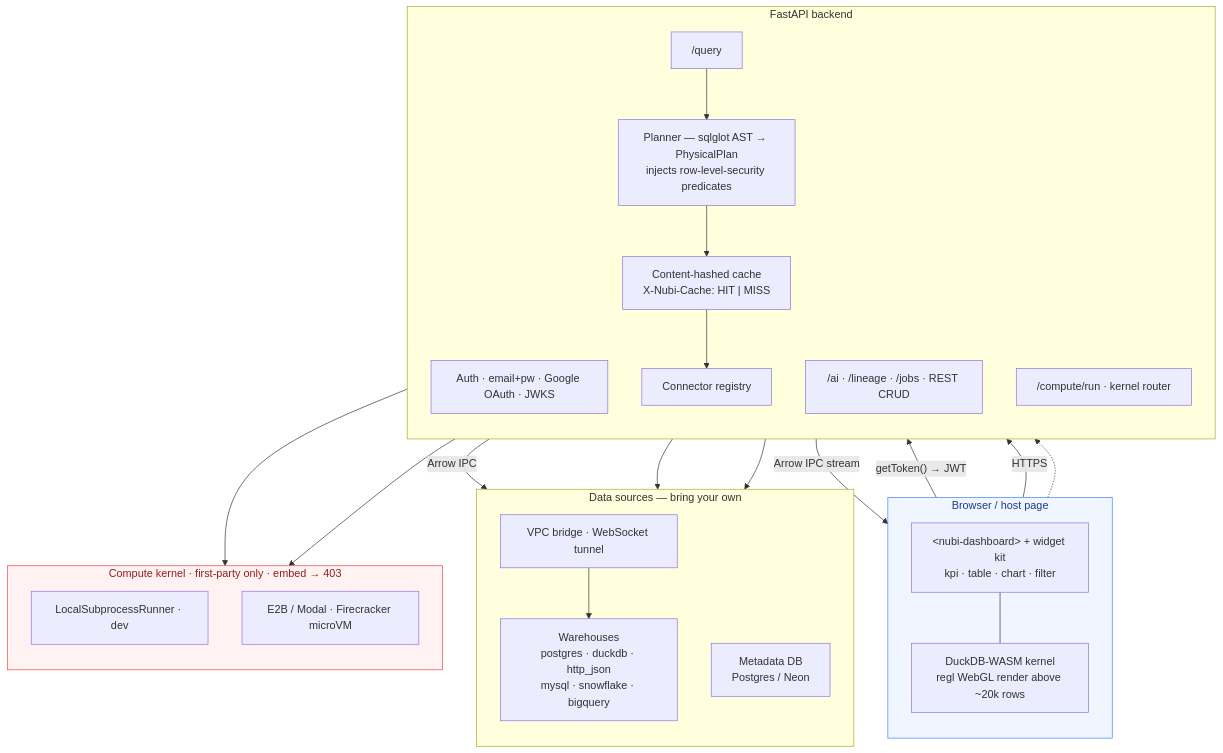
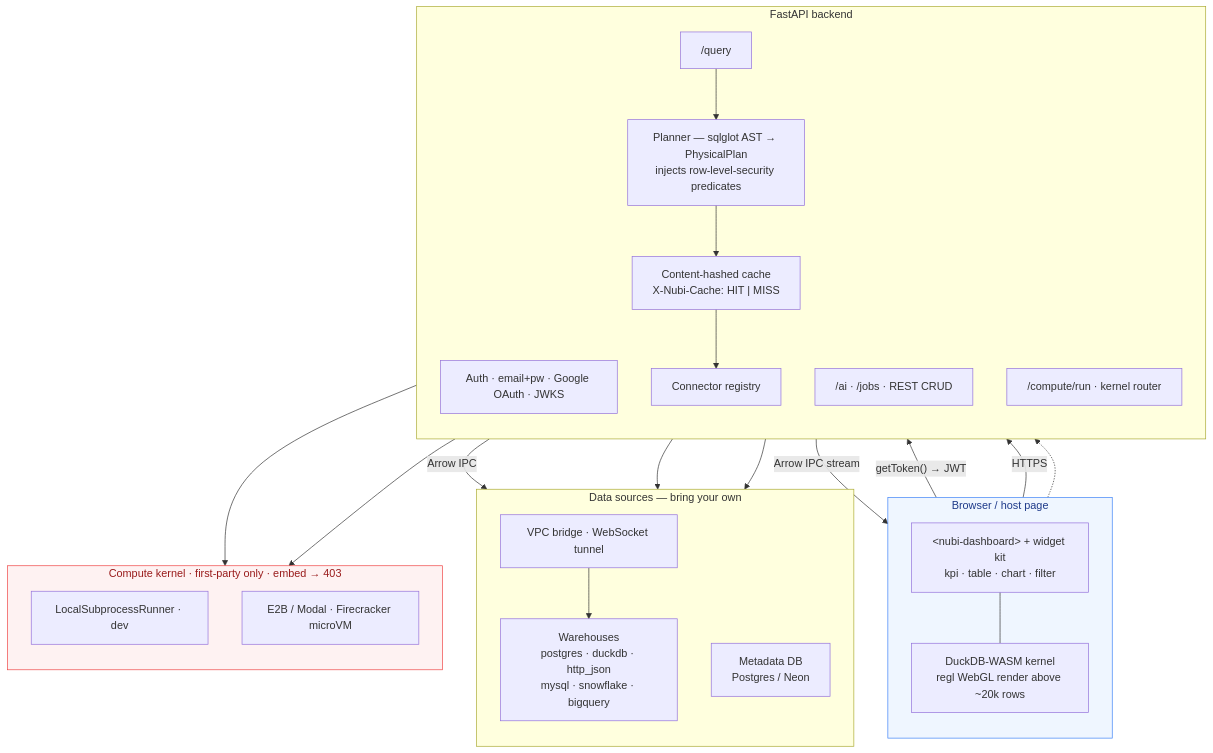
The diagram in README.md (cognizance-processing/nubi), drawn with Mermaid before and after one commit. The commit also changed other lines of this file and 59 other files, not shown here.

````diff
--- a/README.md
+++ b/README.md
@@ -205,49 +204,49 @@
 ```mermaid
 flowchart TD
   subgraph client["Browser / host page"]
     direction TB
     DASH["&lt;nubi-dashboard&gt; + widget kit<br/>kpi · table · chart · filter"]
     WASM["DuckDB-WASM kernel<br/>regl WebGL render above ~20k rows"]
     DASH --- WASM
   end
 
   subgraph api["FastAPI backend"]
     direction TB
     AUTH["Auth · email+pw · Google OAuth · JWKS"]
     QUERY["/query"]
     PLAN["Planner — sqlglot AST → PhysicalPlan<br/>injects row-level-security predicates"]
     CACHE["Content-hashed cache<br/>X-Nubi-Cache: HIT | MISS"]
     REG["Connector registry"]
-    SVC["/ai · /lineage · /jobs · REST CRUD"]
+    SVC["/ai · /jobs · REST CRUD"]
     KR["/compute/run · kernel router"]
     QUERY --> PLAN --> CACHE --> REG
   end
 
   subgraph data["Data sources — bring your own"]
     direction TB
     WH["Warehouses<br/>postgres · duckdb · http_json<br/>mysql · snowflake · bigquery"]
     BRIDGE["VPC bridge · WebSocket tunnel"]
     META["Metadata DB<br/>Postgres / Neon"]
   end
 
   subgraph compute["Compute kernel · first-party only · embed → 403"]
     direction TB
     LOCAL["LocalSubprocessRunner · dev"]
     REMOTE["E2B / Modal · Firecracker microVM"]
   end
 
   DASH -->|"getToken() → JWT"| AUTH
   DASH -->|"HTTPS"| QUERY
   DASH -.-> SVC
   CACHE -->|"Arrow IPC stream"| WASM
   REG -->|"Arrow IPC"| WH
   REG --> BRIDGE --> WH
   REG --> META
   KR --> LOCAL
   KR --> REMOTE
 
   classDef client fill:#eff6ff,stroke:#3b82f6,color:#1e3a8a;
   classDef secure fill:#fef2f2,stroke:#ef4444,color:#991b1b;
   class client client;
   class compute secure;
 ```
````
